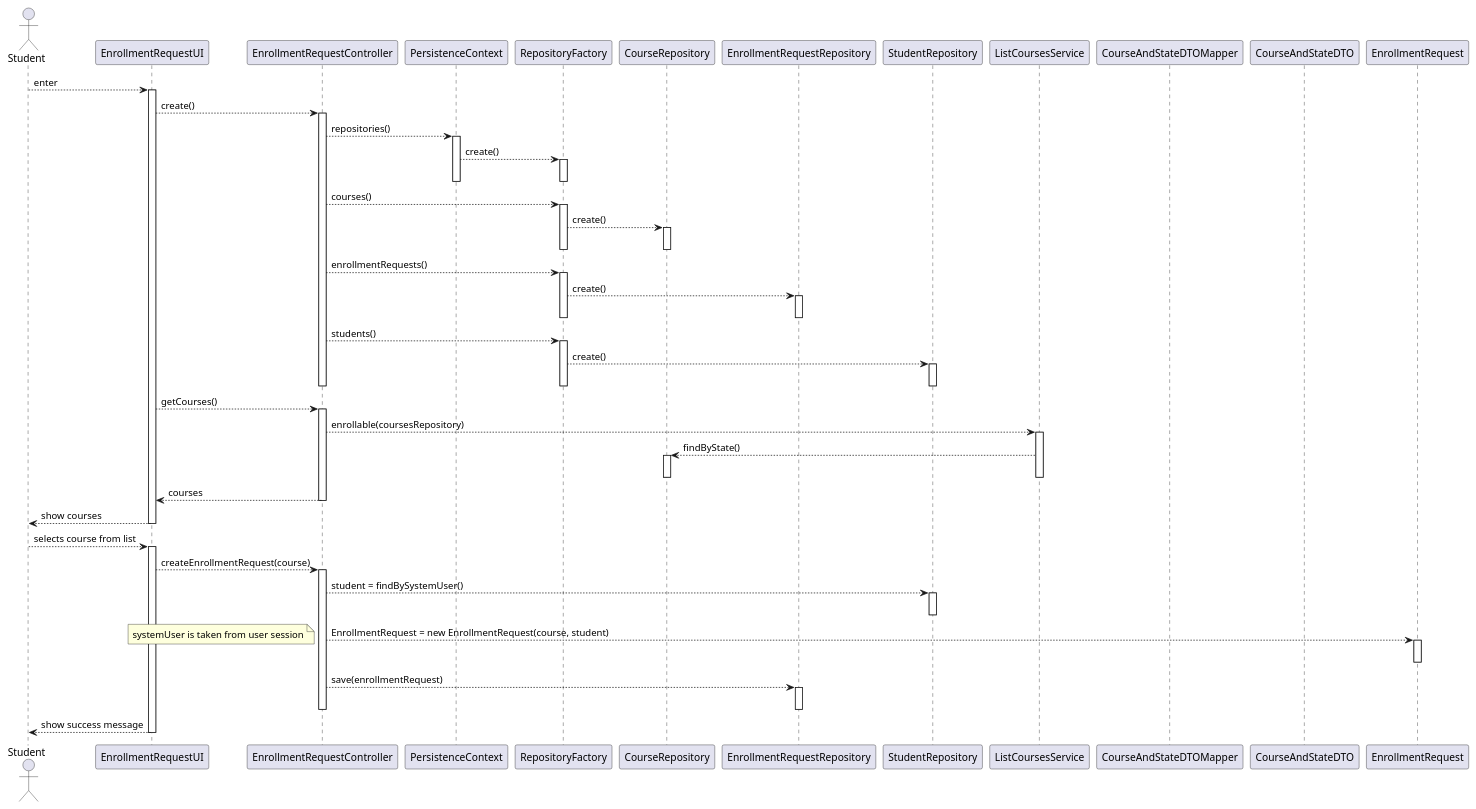
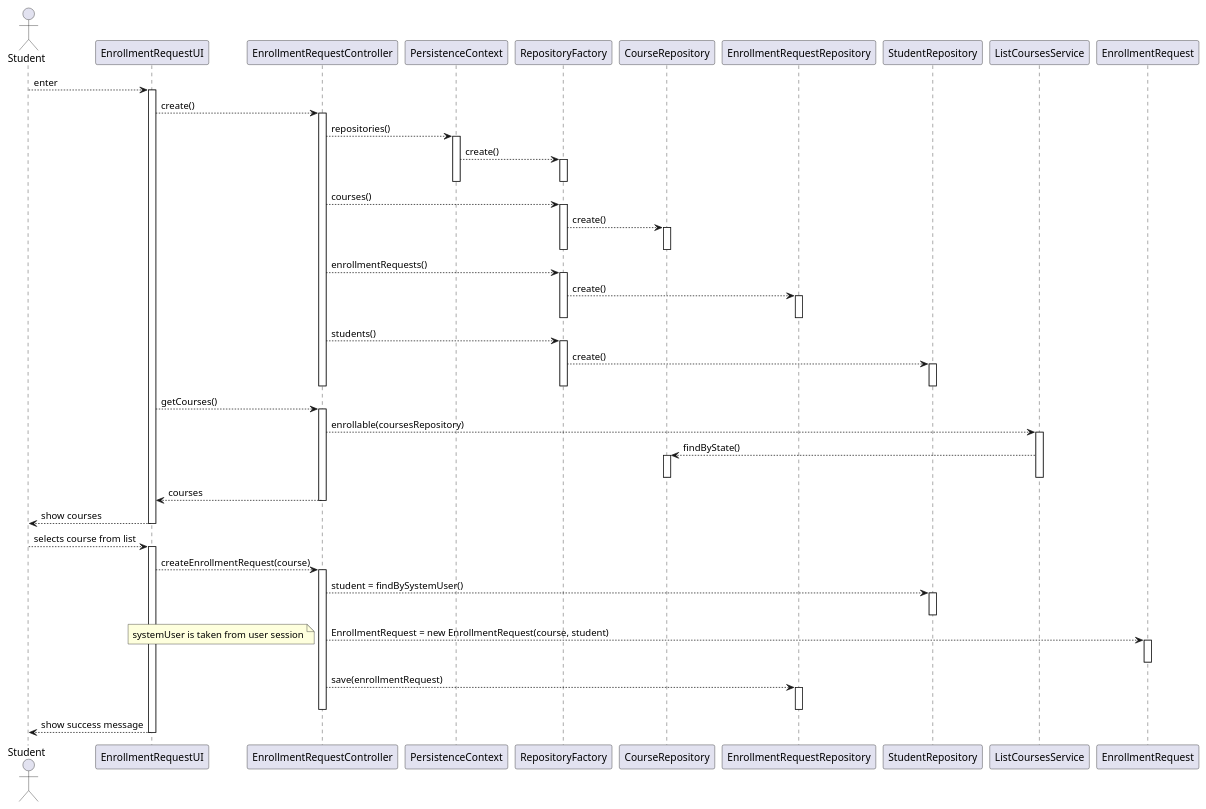
Before and after one commit to jovami/isep-lapr4: the diagram in docs/us_1008/sd.puml, drawn with PlantUML. The commit also changed 4 other files, not shown here.

```diff
--- a/docs/us_1008/sd.puml
+++ b/docs/us_1008/sd.puml
@@ -1,91 +1,88 @@
 @startuml
 
 actor Student as user
 participant EnrollmentRequestUI as ui
 participant EnrollmentRequestController as ctrl
 
 participant PersistenceContext as ctx
 participant RepositoryFactory as rep_fac
 participant CourseRepository as course_repo
 participant EnrollmentRequestRepository as enrollment_request_repo
 participant StudentRepository as student_repo
 
 participant ListCoursesService as courses_svc
-
-participant CourseAndStateDTOMapper as mapper
-participant CourseAndStateDTO as dto
 
 participant EnrollmentRequest as enrollment_request
 
 user --> ui: enter
 
 activate ui
     ui --> ctrl: create()
     activate ctrl
         ctrl --> ctx: repositories()
         activate ctx
             ctx --> rep_fac: create()
             activate rep_fac
             deactivate rep_fac
         deactivate ctx
 
         ctrl --> rep_fac: courses()
         activate rep_fac
             rep_fac --> course_repo: create()
             activate course_repo
             deactivate course_repo
         deactivate rep_fac
 
         ctrl --> rep_fac : enrollmentRequests()
         activate rep_fac
             rep_fac --> enrollment_request_repo: create()
             activate enrollment_request_repo
             deactivate enrollment_request_repo
         deactivate rep_fac
 
         ctrl --> rep_fac: students()
         activate rep_fac
             rep_fac --> student_repo: create()
             activate student_repo
             deactivate student_repo
         deactivate rep_fac
     deactivate ctrl
 
     ui --> ctrl: getCourses()
     activate ctrl
         ctrl --> courses_svc: enrollable(coursesRepository)
         activate courses_svc
             courses_svc --> course_repo: findByState()
             activate course_repo
             deactivate course_repo
         deactivate courses_svc
 
         ctrl --> ui: courses
     deactivate ctrl
 
 
 
     ui --> user: show courses
 deactivate ui
 
 user --> ui: selects course from list
 activate ui
     ui --> ctrl: createEnrollmentRequest(course)
     activate ctrl
         ctrl --> student_repo: student = findBySystemUser()
         activate student_repo
         deactivate student_repo
 
         ctrl ---> enrollment_request: EnrollmentRequest = new EnrollmentRequest(course, student)
         note bottom: systemUser is taken from user session
         activate enrollment_request
         deactivate enrollment_request
 
         ctrl --> enrollment_request_repo: save(enrollmentRequest)
         activate enrollment_request_repo
         deactivate enrollment_request_repo
     deactivate ctrl
 
     ui --> user: show success message
 deactivate ui
 @enduml
```
